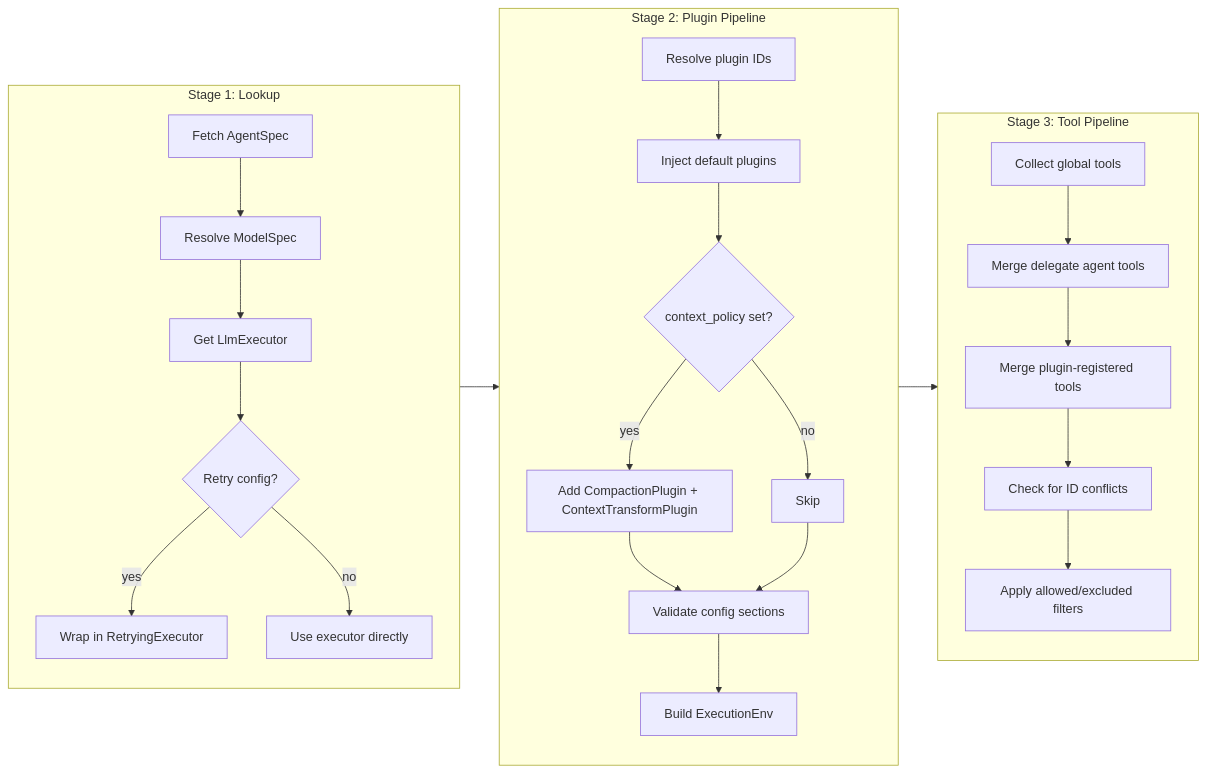
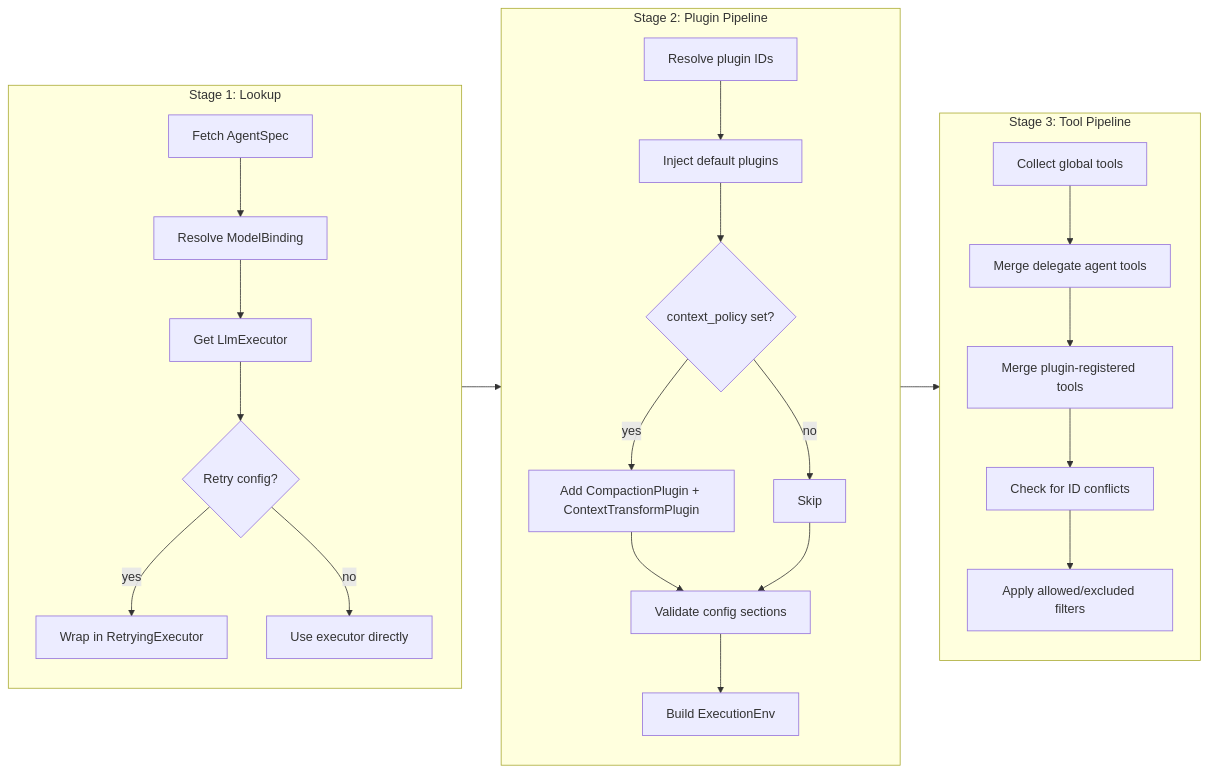
One commit to awakenworks/awaken changed the diagram in docs/book/src/explanation/agent-resolution.md. Above: the diagram before and after it, drawn with Mermaid. The commit also changed other lines of this file and 105 other files, not shown here.

````diff
--- a/docs/book/src/explanation/agent-resolution.md
+++ b/docs/book/src/explanation/agent-resolution.md
@@ -9,29 +9,29 @@
 ```mermaid
 flowchart LR
     subgraph Stage1["Stage 1: Lookup"]
-        A1[Fetch AgentSpec] --> A2[Resolve ModelSpec]
+        A1[Fetch AgentSpec] --> A2[Resolve ModelBinding]
         A2 --> A3[Get LlmExecutor]
         A3 --> A4{Retry config?}
         A4 -- yes --> A5[Wrap in RetryingExecutor]
         A4 -- no --> A6[Use executor directly]
     end
 
     subgraph Stage2["Stage 2: Plugin Pipeline"]
         B1[Resolve plugin IDs] --> B2[Inject default plugins]
         B2 --> B3{context_policy set?}
         B3 -- yes --> B4[Add CompactionPlugin + ContextTransformPlugin]
         B3 -- no --> B5[Skip]
         B4 --> B6[Validate config sections]
         B5 --> B6
         B6 --> B7[Build ExecutionEnv]
     end
 
     subgraph Stage3["Stage 3: Tool Pipeline"]
         C1[Collect global tools] --> C2[Merge delegate agent tools]
         C2 --> C3[Merge plugin-registered tools]
         C3 --> C4[Check for ID conflicts]
         C4 --> C5[Apply allowed/excluded filters]
     end
 
     Stage1 --> Stage2 --> Stage3
 ```
````
